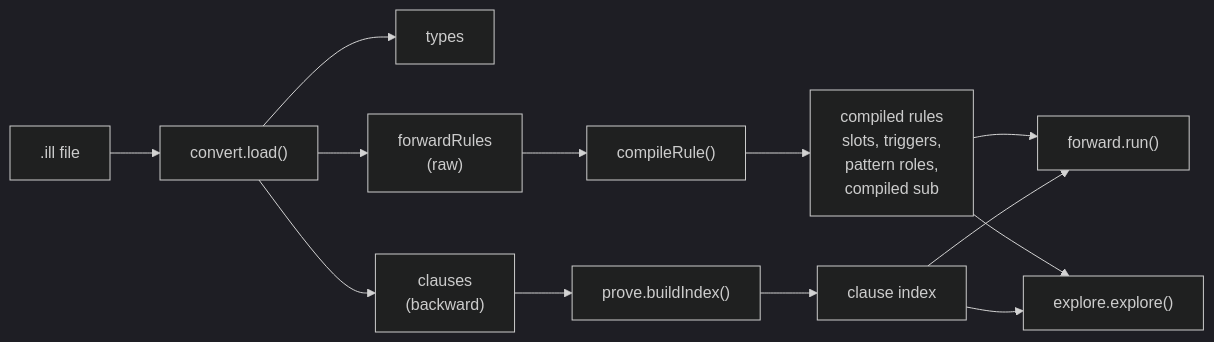
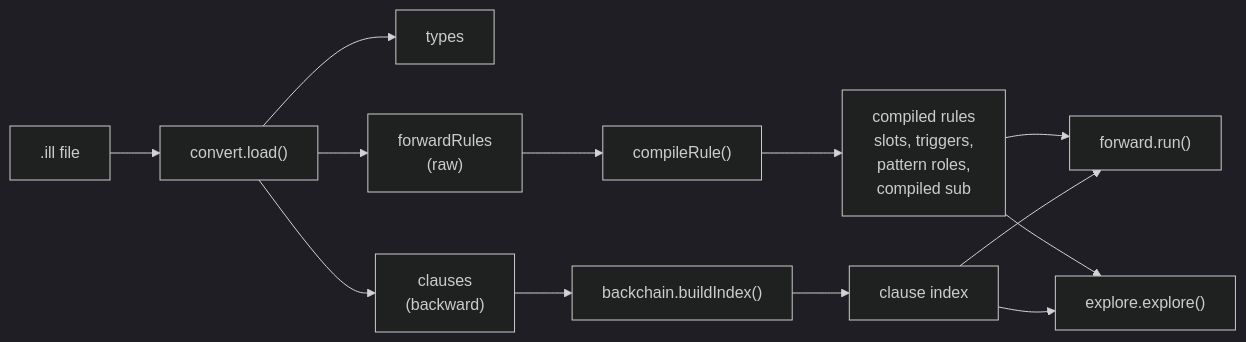
The second of 7 diagrams in doc/documentation/forward-chaining-engine.md (mhhf/calc), drawn with Mermaid (dark theme) before and after one commit. The commit also changed other lines of this file and 52 other files, not shown here.

````diff
--- a/doc/documentation/forward-chaining-engine.md
+++ b/doc/documentation/forward-chaining-engine.md
@@ -94,18 +94,18 @@
 ```mermaid
 flowchart LR
     ILL[".ill file"] --> CONV["convert.load()"]
     CONV --> TYPES["types"]
     CONV --> CLAUSES["clauses<br/>(backward)"]
     CONV --> FWRULES["forwardRules<br/>(raw)"]
 
     FWRULES --> COMP["compileRule()"]
     COMP --> COMPILED["compiled rules<br/>slots, triggers,<br/>pattern roles,<br/>compiled sub"]
 
-    CLAUSES --> IDX["prove.buildIndex()"]
+    CLAUSES --> IDX["backchain.buildIndex()"]
     IDX --> CIDX["clause index"]
 
     COMPILED --> RUN["forward.run()"]
     COMPILED --> EXPLORE["explore.explore()"]
     CIDX --> RUN
     CIDX --> EXPLORE
 ```
````
